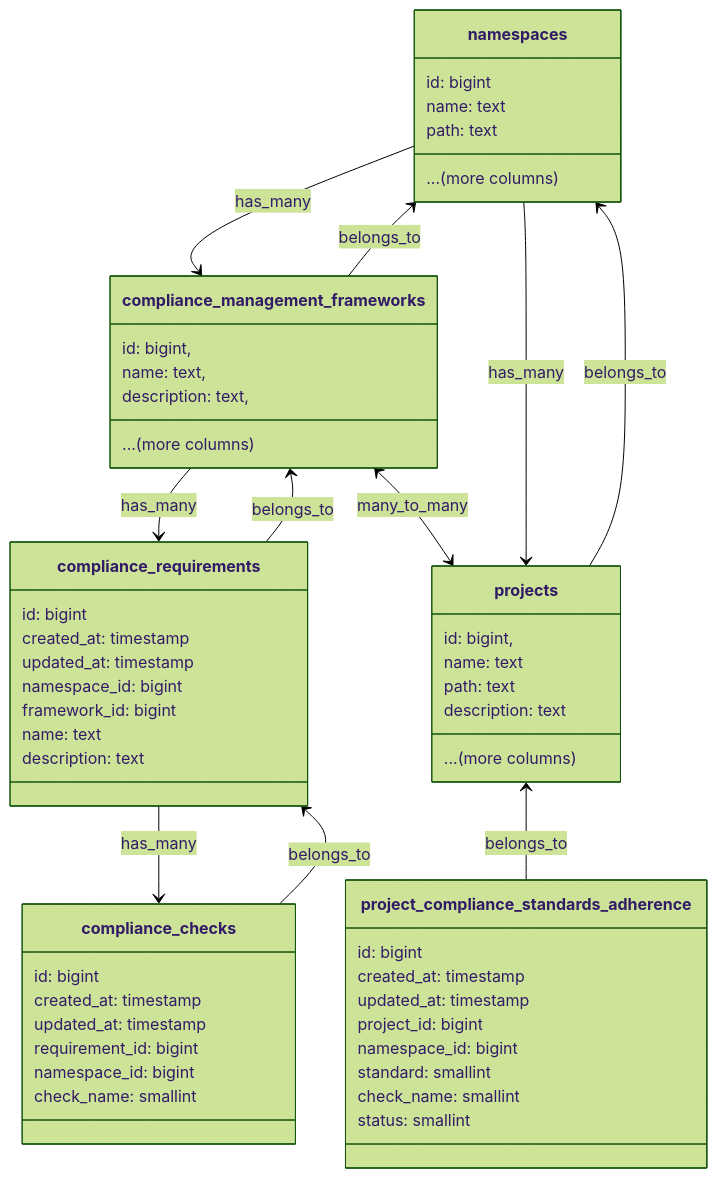
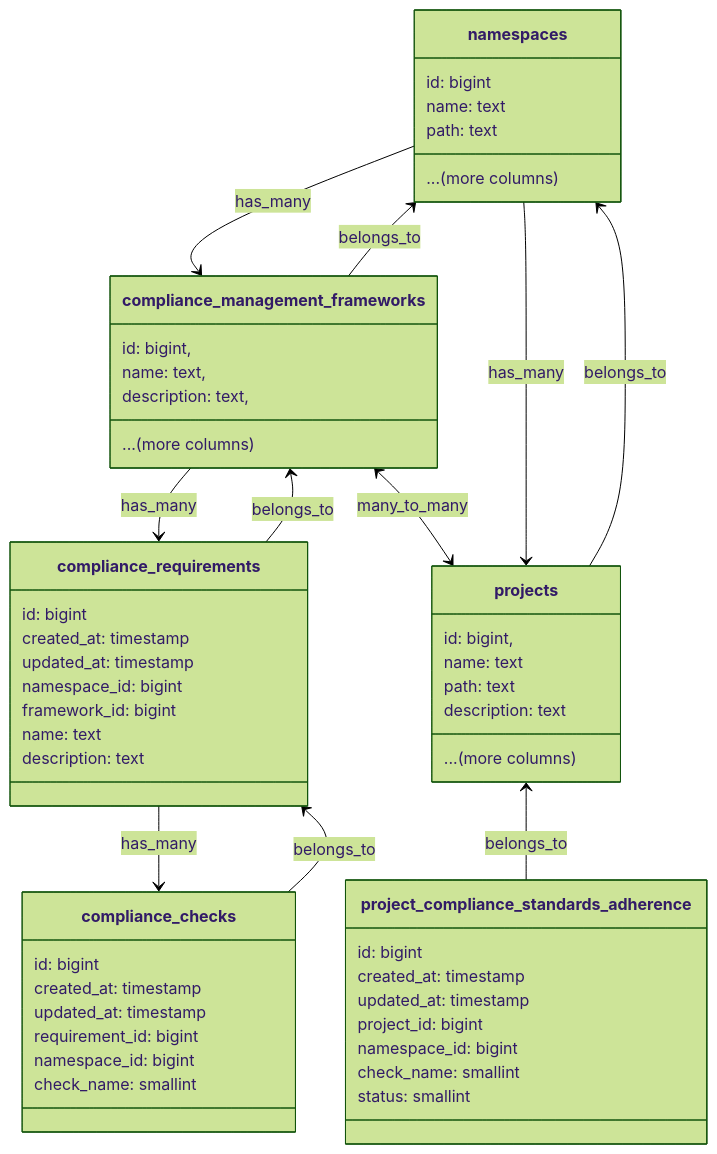
Before and after one commit to moliver28/research-handbook: the diagram in content/handbook/engineering/architecture/design-documents/compliance-frameworks/decisions/005_custom_adherence_report.md, drawn with Mermaid (forest theme). The commit also changed 1 other file, not shown here.

Commit message:
Remove standard column from project_compliance_standards_adherence

````diff
--- a/content/handbook/engineering/architecture/design-documents/compliance-frameworks/decisions/005_custom_adherence_report.md
+++ b/content/handbook/engineering/architecture/design-documents/compliance-frameworks/decisions/005_custom_adherence_report.md
@@ -115,63 +115,62 @@
     ```mermaid
         classDiagram
     class namespaces {
         id: bigint
         name: text
         path: text
         ...(more columns)
     }
     class projects {
         id: bigint,
         name: text
         path: text
         description: text
         ...(more columns)
     }
     class compliance_management_frameworks {
         id: bigint,
         name: text,
         description: text,
         ...(more columns)
     }
 
     class compliance_requirements {
         id: bigint
         created_at: timestamp
         updated_at: timestamp
         namespace_id: bigint
         framework_id: bigint
         name: text
         description: text
     }
 
     class compliance_checks {
         id: bigint
         created_at: timestamp
         updated_at: timestamp
         requirement_id: bigint
         namespace_id: bigint
         check_name: smallint
     }
 
     class project_compliance_standards_adherence {
         id: bigint
         created_at: timestamp
         updated_at: timestamp
         project_id: bigint
         namespace_id: bigint
-        standard: smallint
         check_name: smallint
         status: smallint
     }
 
     compliance_requirements --> compliance_checks : has_many
     compliance_requirements <-- compliance_checks : belongs_to
     compliance_management_frameworks --> compliance_requirements : has_many
     compliance_management_frameworks <-- compliance_requirements : belongs_to
     compliance_management_frameworks <--> projects : many_to_many
     projects <-- namespaces : has_many
     projects --> namespaces : belongs_to
     namespaces --> compliance_management_frameworks : has_many
     namespaces <-- compliance_management_frameworks : belongs_to
     projects <-- project_compliance_standards_adherence : belongs_to
     ```
````
